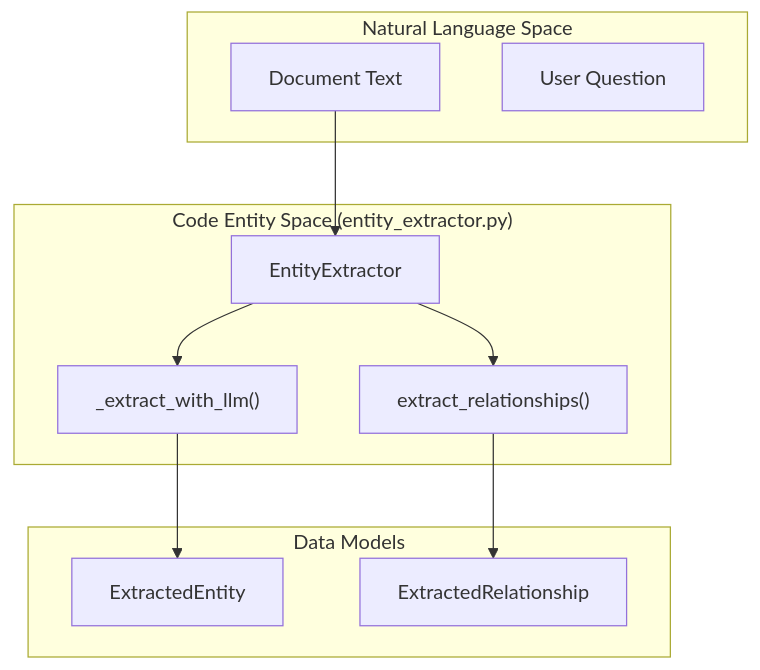
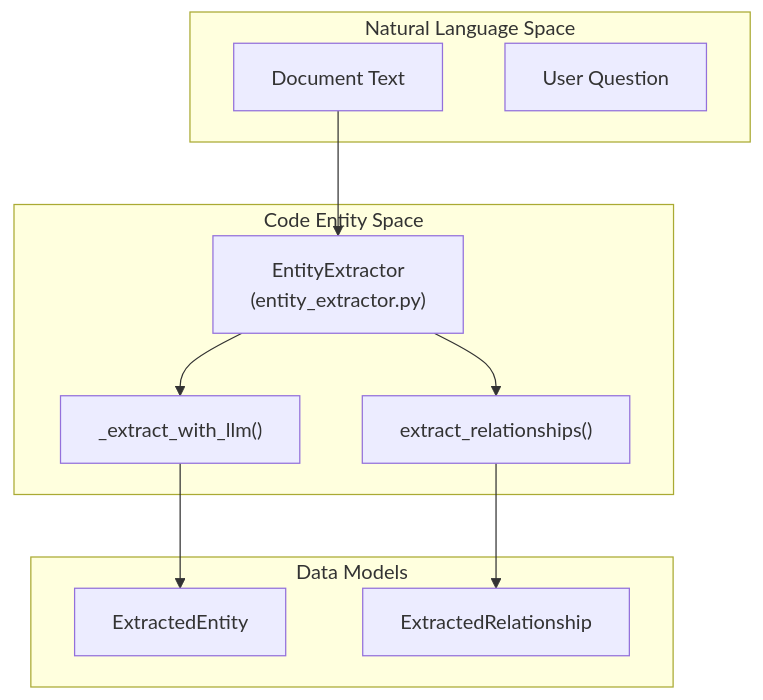
One commit to AutomatosAI/automatos-ai changed the third of 3 diagrams in docs/knowledge-base-rag/semantic-chunking-strategies.md. Above: the diagram before and after it, drawn with Mermaid. The commit also changed other lines of this file and 191 other files, not shown here.

````diff
--- a/docs/knowledge-base-rag/semantic-chunking-strategies.md
+++ b/docs/knowledge-base-rag/semantic-chunking-strategies.md
@@ -194,24 +209,24 @@
 ```mermaid
 graph TD
     subgraph "Natural Language Space"
         Doc["Document Text"]
         Query["User Question"]
     end
 
-    subgraph "Code Entity Space (entity_extractor.py)"
-        E_Ext["EntityExtractor"]
+    subgraph "Code Entity Space"
+        E_Ext["EntityExtractor<br/>(entity_extractor.py)"]
         LLM_Ext["_extract_with_llm()"]
         Rel_Ext["extract_relationships()"]
     end
 
     subgraph "Data Models"
         Ent["ExtractedEntity"]
         Rel["ExtractedRelationship"]
     end
 
     Doc --> E_Ext
     E_Ext --> LLM_Ext
     E_Ext --> Rel_Ext
     LLM_Ext --> Ent
     Rel_Ext --> Rel
 ```
````
